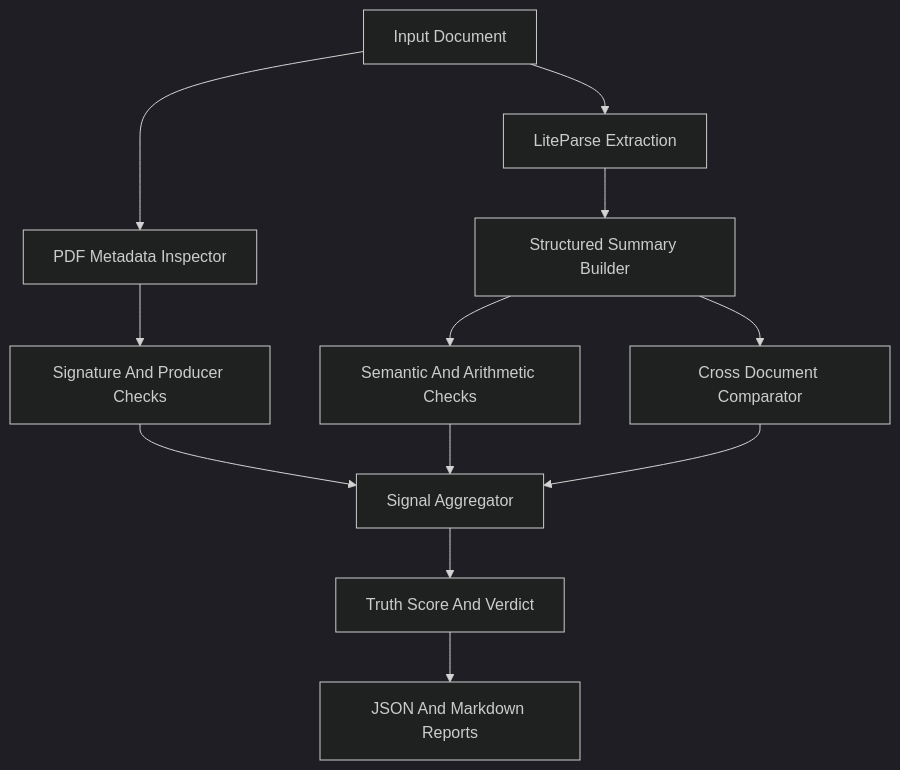
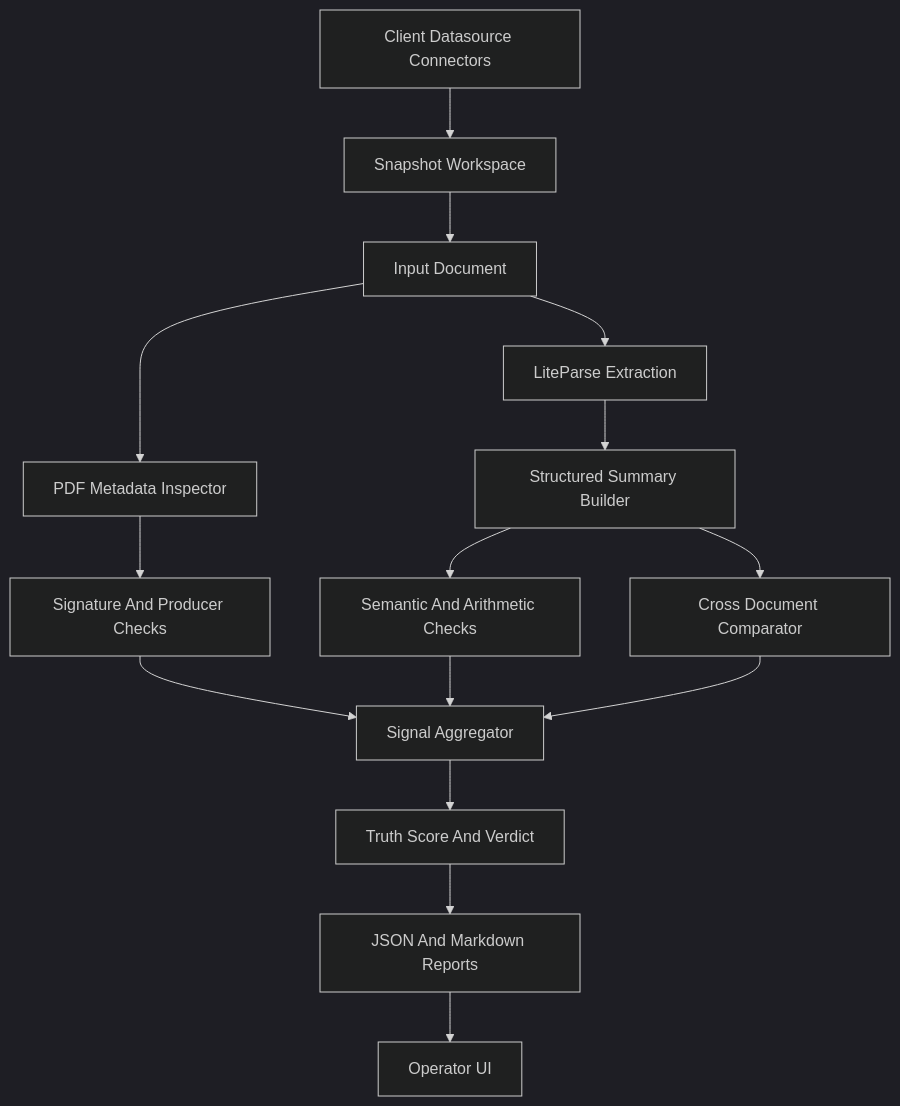
The diagram in docs/ARCHITECTURE.md (maluskarhrishikesh-afk/BaseTruth), drawn with Mermaid (dark theme) before and after one commit. The commit also changed other lines of this file and 13 other files, not shown here.

````diff
--- a/docs/ARCHITECTURE.md
+++ b/docs/ARCHITECTURE.md
@@ -7,14 +7,17 @@
 ```mermaid
 flowchart TD
   A[Input Document] --> B[PDF Metadata Inspector]
   A --> C[LiteParse Extraction]
+  X[Client Datasource Connectors] --> Y[Snapshot Workspace]
+  Y --> A
   C --> D[Structured Summary Builder]
   D --> E[Semantic And Arithmetic Checks]
   B --> F[Signature And Producer Checks]
   D --> G[Cross Document Comparator]
   E --> H[Signal Aggregator]
   F --> H
   G --> H
   H --> I[Truth Score And Verdict]
   I --> J[JSON And Markdown Reports]
+  J --> K[Operator UI]
 ```
````
